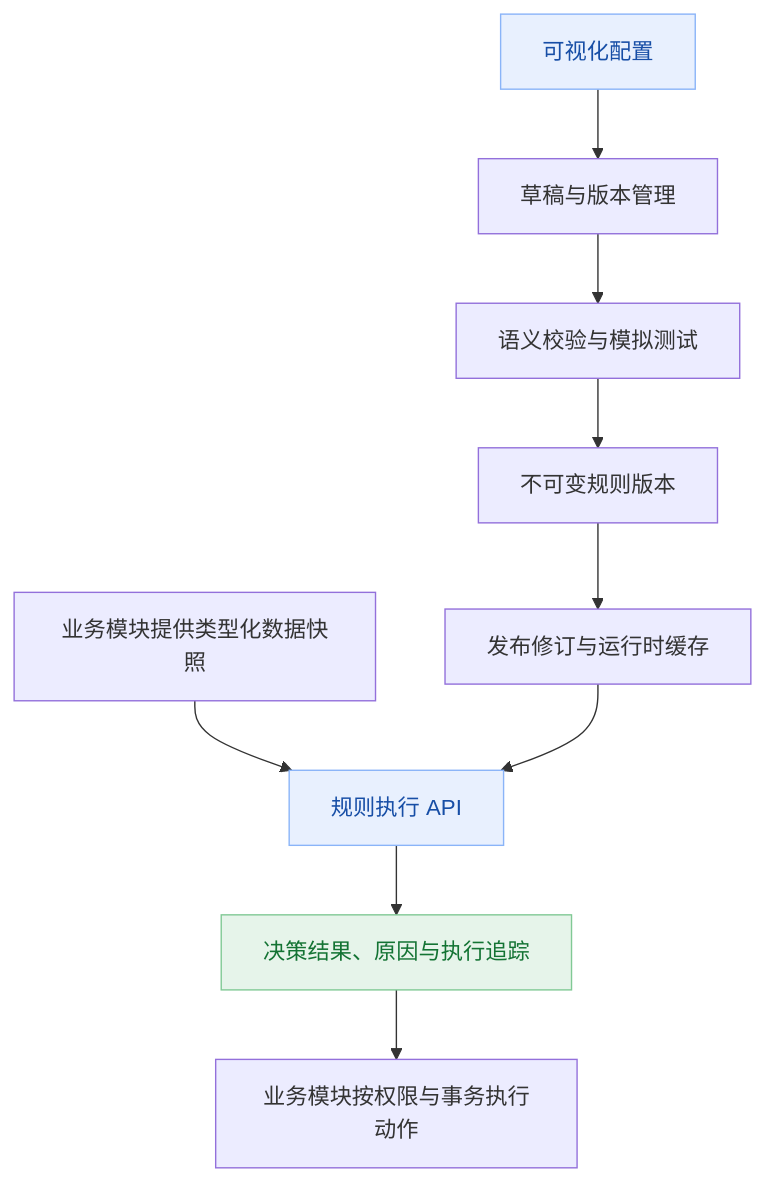
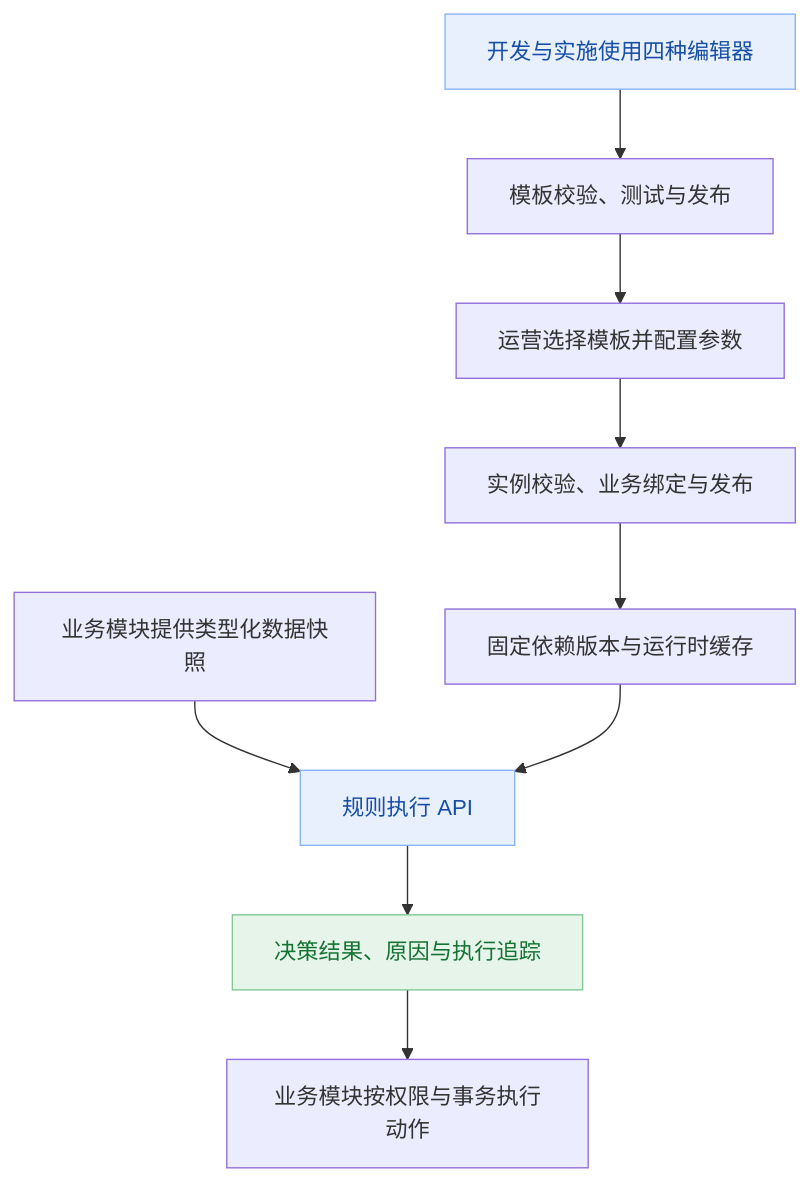
Before and after one commit to ice-juice/spring-modulith-admin: the diagram in docs/proposals/P06-rule-engine-and-management.md, drawn with Mermaid. The commit also changed other lines of this file and 255 other files, not shown here.

````diff
--- a/docs/proposals/P06-rule-engine-and-management.md
+++ b/docs/proposals/P06-rule-engine-and-management.md
@@ -196,15 +233,15 @@
 ```mermaid
 flowchart TD
-  A[可视化配置] --> B[草稿与版本管理]
-  B --> C[语义校验与模拟测试]
-  C --> D[不可变规则版本]
-  D --> E[发布修订与运行时缓存]
+  A[开发与实施使用四种编辑器] --> B[模板校验、测试与发布]
+  B --> C[运营选择模板并配置参数]
+  C --> D[实例校验、业务绑定与发布]
+  D --> E[固定依赖版本与运行时缓存]
   F[业务模块提供类型化数据快照] --> G[规则执行 API]
   E --> G
   G --> H[决策结果、原因与执行追踪]
   H --> I[业务模块按权限与事务执行动作]
   classDef focus fill:#e8f0fe,stroke:#8ab4f8,color:#174ea6
   classDef success fill:#e6f4ea,stroke:#81c995,color:#137333
   class A,G focus
   class H success
 ```
````
